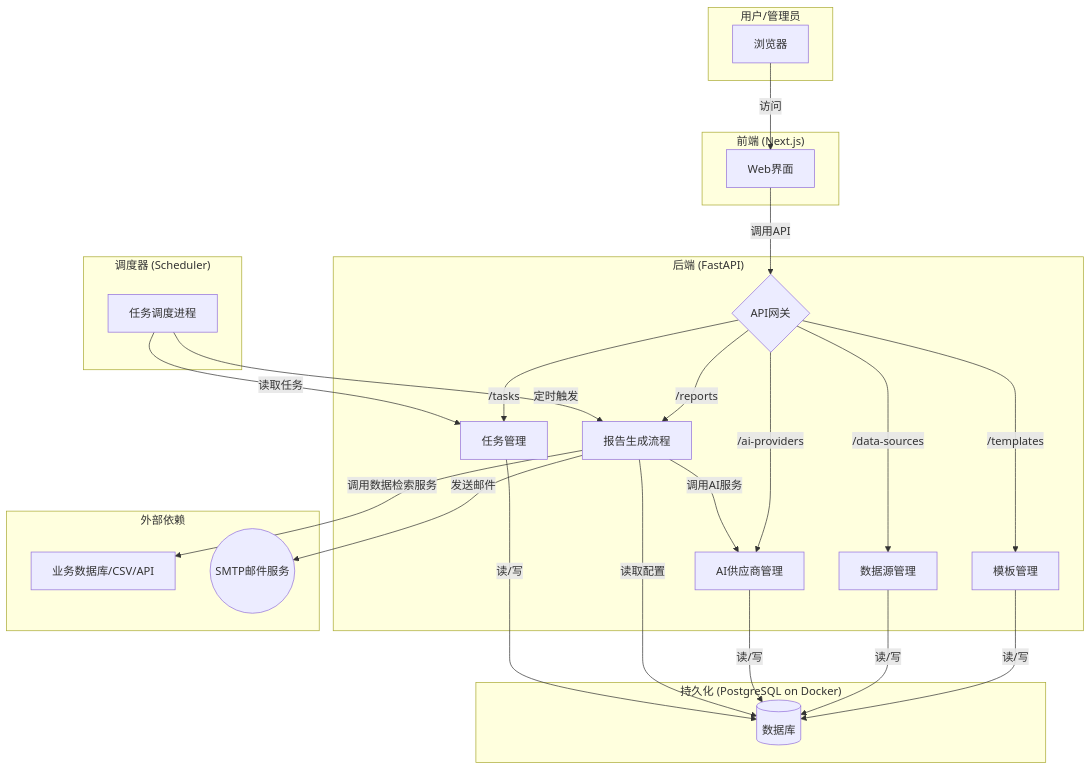
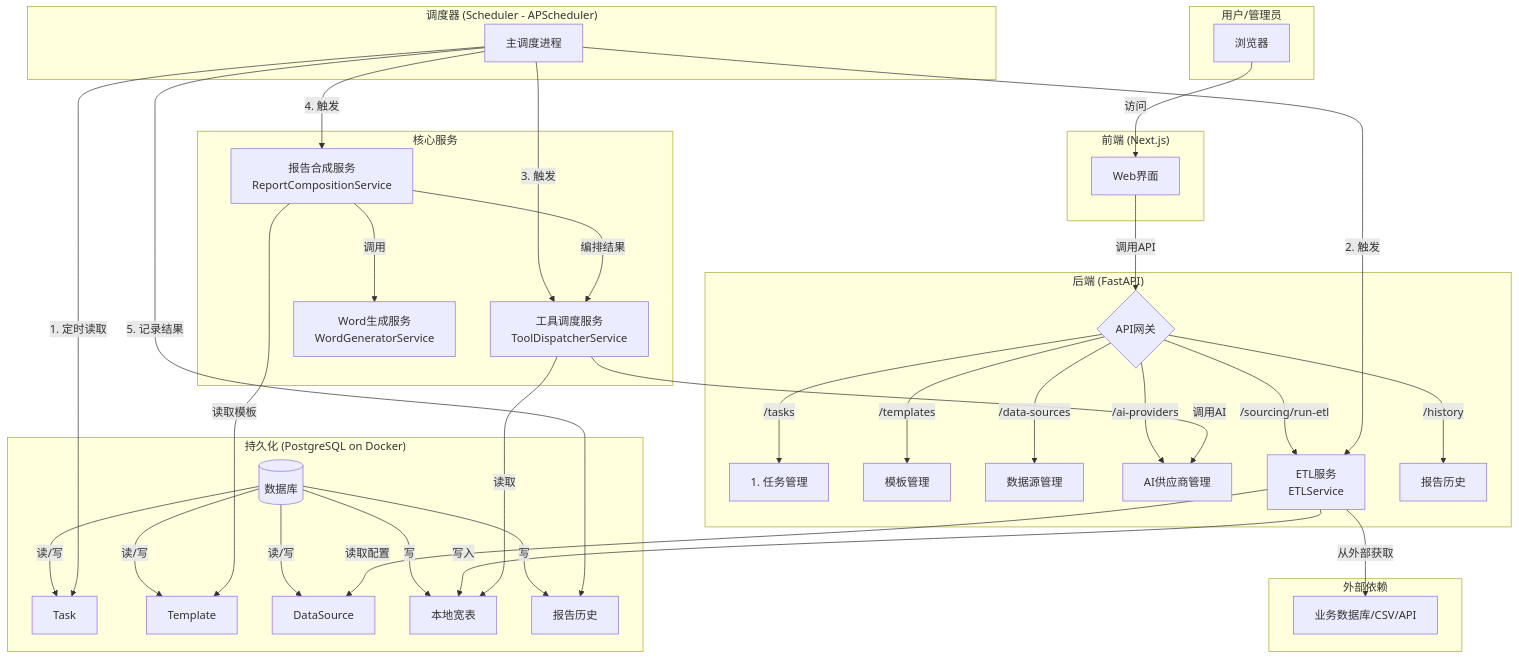
The first of 2 diagrams in SYSTEM_ARCHITECTURE.md (kongusen/AutoReportAI), drawn with Mermaid before and after one commit. The commit also changed other lines of this file and 48 other files, not shown here.

````diff
--- a/SYSTEM_ARCHITECTURE.md
+++ b/SYSTEM_ARCHITECTURE.md
@@ -27,48 +27,64 @@
 ```mermaid
 graph TD
     subgraph "用户/管理员"
         A[浏览器]
     end
 
     subgraph "前端 (Next.js)"
         B[Web界面]
     end
 
     subgraph "后端 (FastAPI)"
         C{API网关}
+        C -- "/tasks" --> G[1. 任务管理]
         C -- "/templates" --> D[模板管理]
         C -- "/data-sources" --> E[数据源管理]
         C -- "/ai-providers" --> H[AI供应商管理]
-        C -- "/reports" --> F[报告生成流程]
-        C -- "/tasks" --> G[任务管理]
+        C -- "/sourcing/run-etl" --> I[ETL服务]
+        C -- "/history" --> K[报告历史]
+    end
+    
+    subgraph "调度器 (Scheduler - APScheduler)"
+        O[主调度进程]
+    end
+
+    subgraph "核心服务"
+        I[ETL服务<br/>ETLService]
+        P[工具调度服务<br/>ToolDispatcherService]
+        Q[报告合成服务<br/>ReportCompositionService]
+        R[Word生成服务<br/>WordGeneratorService]
     end
 
     subgraph "持久化 (PostgreSQL on Docker)"
         J[(数据库)]
+        J -- "读/写" --> Task
+        J -- "读/写" --> Template
+        J -- "读/写" --> DataSource
+        J -- "写" --> AnalyticsData[本地宽表]
+        J -- "写" --> ReportHistory[报告历史]
     end
 
     subgraph "外部依赖"
         M[业务数据库/CSV/API]
-        N((SMTP邮件服务))
-    end
-    
-    subgraph "调度器 (Scheduler)"
-        O[任务调度进程]
     end
 
     A -- "访问" --> B
     B -- "调用API" --> C
     
-    D -- "读/写" --> J
-    E -- "读/写" --> J
-    H -- "读/写" --> J
+    O -- "1. 定时读取" --> Task
+    O -- "2. 触发" --> I
+    I -- "读取配置" --> DataSource
+    I -- "从外部获取" --> M
+    I -- "写入" --> AnalyticsData
     
-    F -- "读取配置" --> J
-    F -- "调用数据检索服务" --> M
-    F -- "调用AI服务" --> H
-    F -- "发送邮件" --> N
-
-    G -- "读/写" --> J
-    O -- "定时触发" --> F
-    O -- "读取任务" --> G
+    O -- "3. 触发" --> P
+    P -- "读取" --> AnalyticsData
+    P -- "调用AI" --> H
+    
+    O -- "4. 触发" --> Q
+    Q -- "编排结果" --> P
+    Q -- "读取模板" --> Template
+    Q -- "调用" --> R
+    
+    O -- "5. 记录结果" --> ReportHistory
 ```
````
